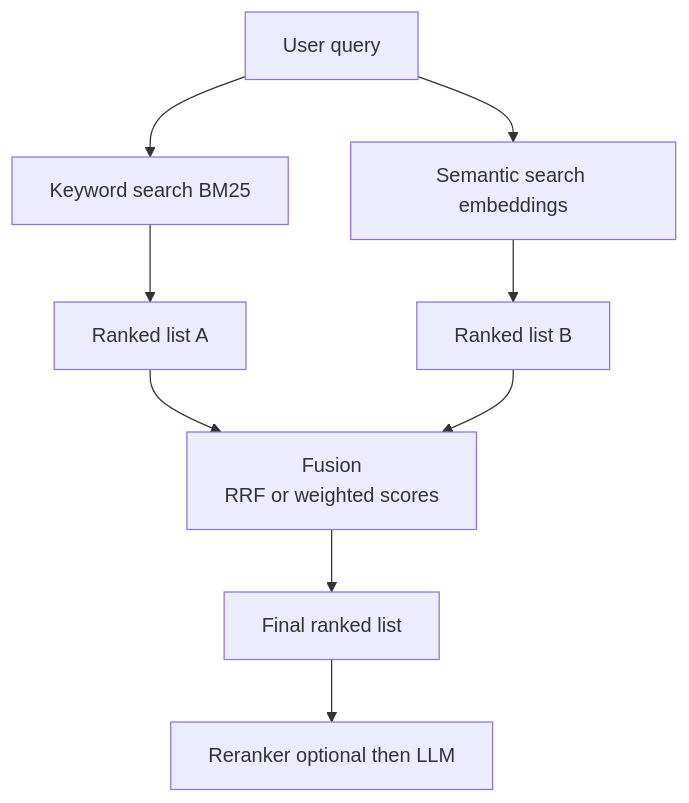
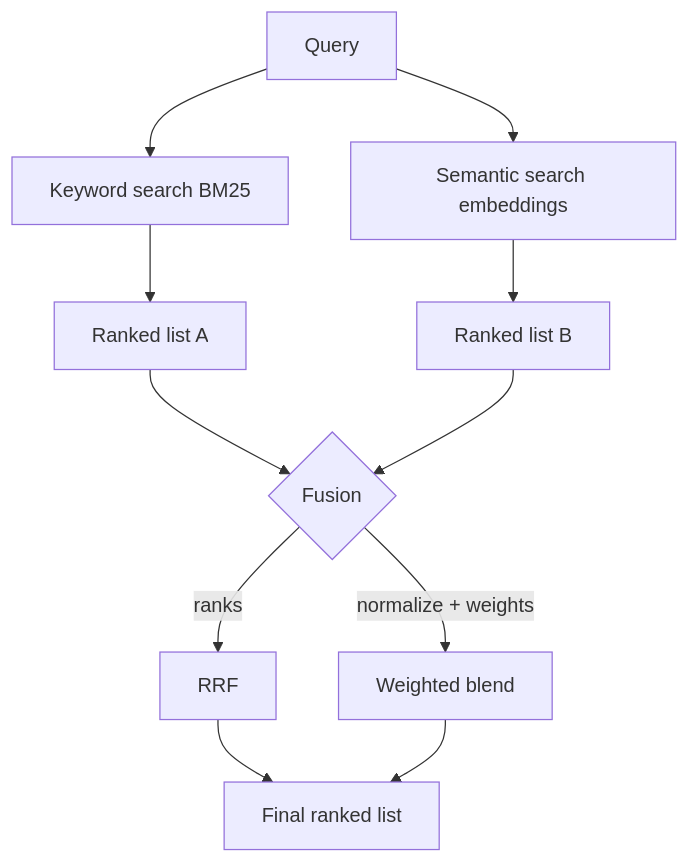
The first of 2 diagrams in notes/step-09-vector-search-and-retrieval-augmented-generation-rag/106-how-does-hybrid-search-work.md (kaisarnajar/outcome-school-blogs), drawn with Mermaid before and after one commit. The commit also changed other lines of this file and 233 other files, not shown here.

````diff
--- a/notes/step-09-vector-search-and-retrieval-augmented-generation-rag/106-how-does-hybrid-search-work.md
+++ b/notes/step-09-vector-search-and-retrieval-augmented-generation-rag/106-how-does-hybrid-search-work.md
@@ -47,11 +54,13 @@
 ```mermaid
 flowchart TD
-    Q["User query"] --> K["Keyword search BM25"]
+    Q["Query"] --> K["Keyword search BM25"]
     Q --> S["Semantic search embeddings"]
     K --> LA["Ranked list A"]
     S --> LB["Ranked list B"]
-    LA --> F["Fusion<br/>RRF or weighted scores"]
+    LA --> F{"Fusion"}
     LB --> F
-    F --> R["Final ranked list"]
-    R --> L["Reranker optional then LLM"]
+    F -->|"ranks"| R["RRF"]
+    F -->|"normalize + weights"| W["Weighted blend"]
+    R --> O["Final ranked list"]
+    W --> O
 ```
````
